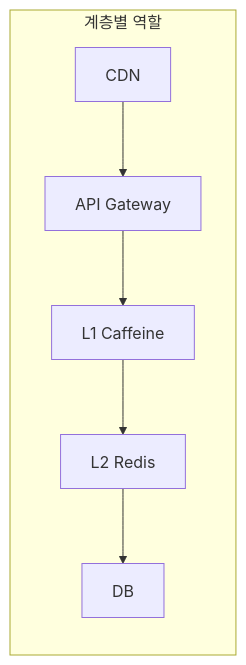
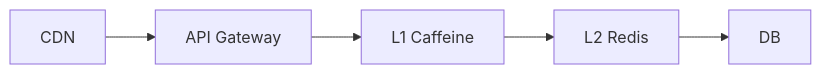
The eighth of 8 diagrams in _posts/caching/2026-05-03-multi-layer-caching.md (yjkim2015/yjkim2015.github.io), drawn with Mermaid before and after one commit. The commit also changed other lines of this file and 155 other files, not shown here.

First line of the commit message:
Mermaid 전면 수정: subgraph 제거, participant/노드/줄수 축소 (342블록)

````diff
--- a/_posts/caching/2026-05-03-multi-layer-caching.md
+++ b/_posts/caching/2026-05-03-multi-layer-caching.md
@@ -712,11 +704,7 @@
 ```mermaid
 graph LR
-    subgraph "계층별 역할"
-        CDN["CDN"]
-        GW["API Gateway"]
-        L1["L1 Caffeine"]
-        L2["L2 Redis"]
-        DB["DB"]
-    end
-    CDN --> GW --> L1 --> L2 --> DB
+    CDN["CDN"] --> GW["API Gateway"]
+    GW --> L1["L1 Caffeine"]
+    L1 --> L2["L2 Redis"]
+    L2 --> DB["DB"]
 ```
````
